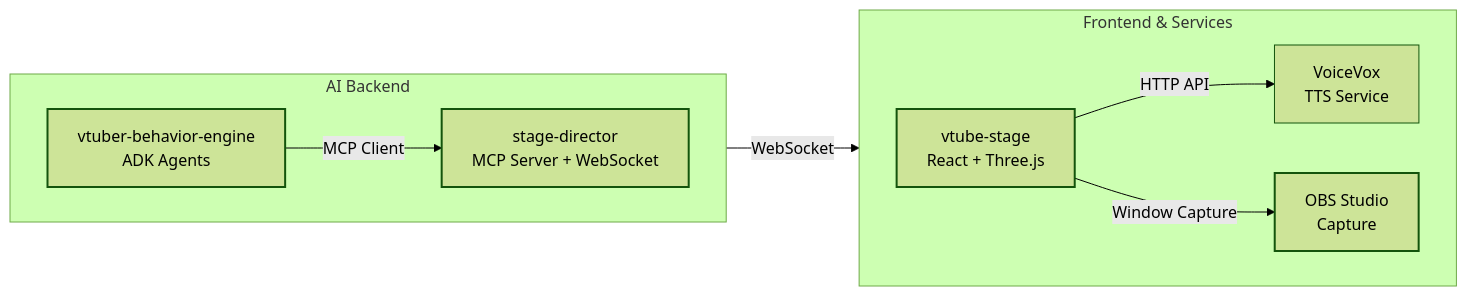
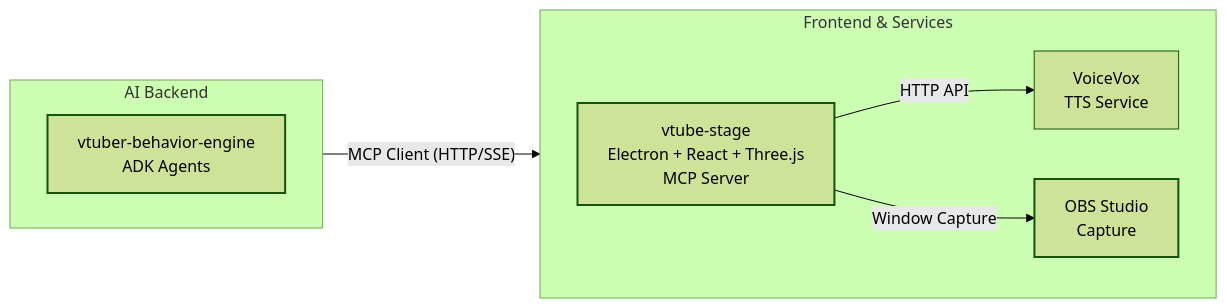
Before and after one commit to LongbowXXX/ai-tuber: the diagram in README.md, drawn with Mermaid (forest theme). The commit also changed other lines of this file and 87 other files, not shown here.

Commit message:
Remove stage-director package and update all documentation

````diff
--- a/README.md
+++ b/README.md
@@ -14,24 +14,21 @@
 ```mermaid
 graph LR
     subgraph "AI Backend"
         direction LR
         VBE[vtuber-behavior-engine<br/>ADK Agents]
-        SD[stage-director<br/>MCP Server + WebSocket]
     end
 
     subgraph "Frontend & Services"
         direction LR
-        VS[vtube-stage<br/>React + Three.js]
+        VS[vtube-stage<br/>Electron + React + Three.js<br/>MCP Server]
         VV[VoiceVox<br/>TTS Service]
         OBS[OBS Studio<br/>Capture]
     end
 
-    VBE -- MCP Client --> SD;
-    SD -- WebSocket --> VS;
+    VBE -- MCP Client (HTTP/SSE) --> VS;
     VS -- HTTP API --> VV;
     VS -- Window Capture --> OBS;
     style VBE stroke-width: 2px
-    style SD stroke-width: 2px
     style VS stroke-width: 2px
     style OBS stroke-width: 2px
 ```
````
